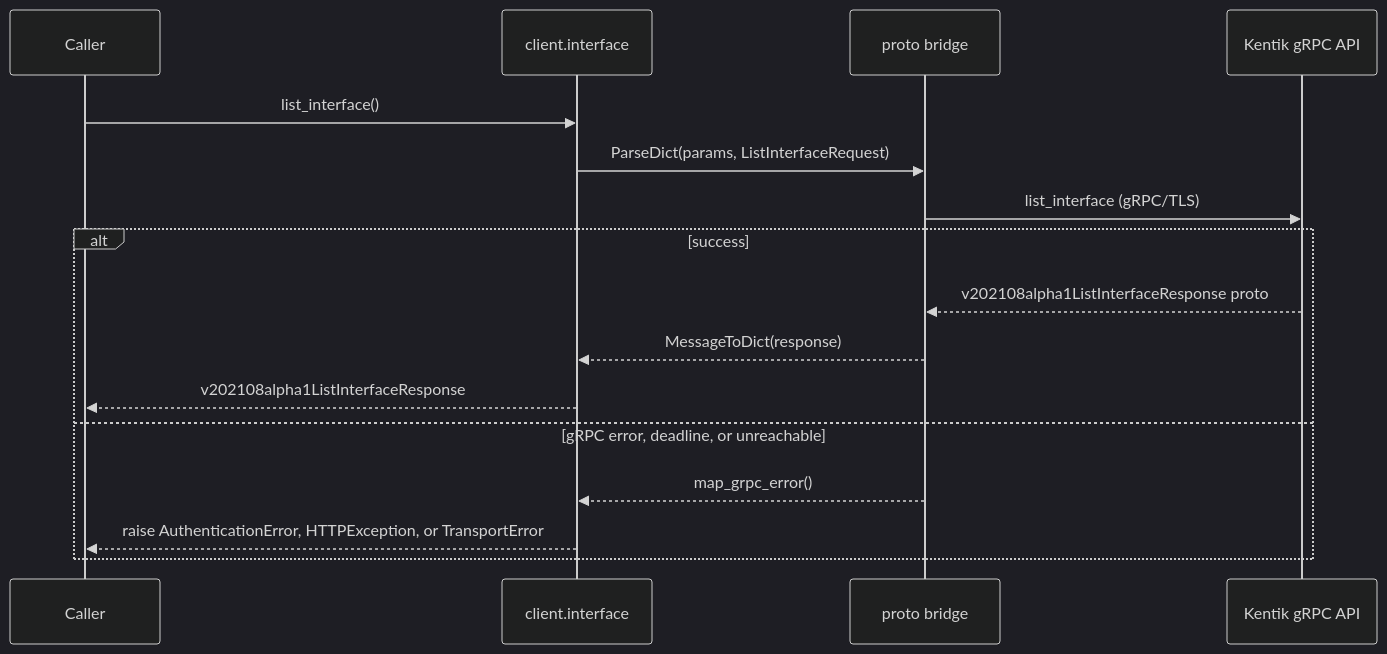
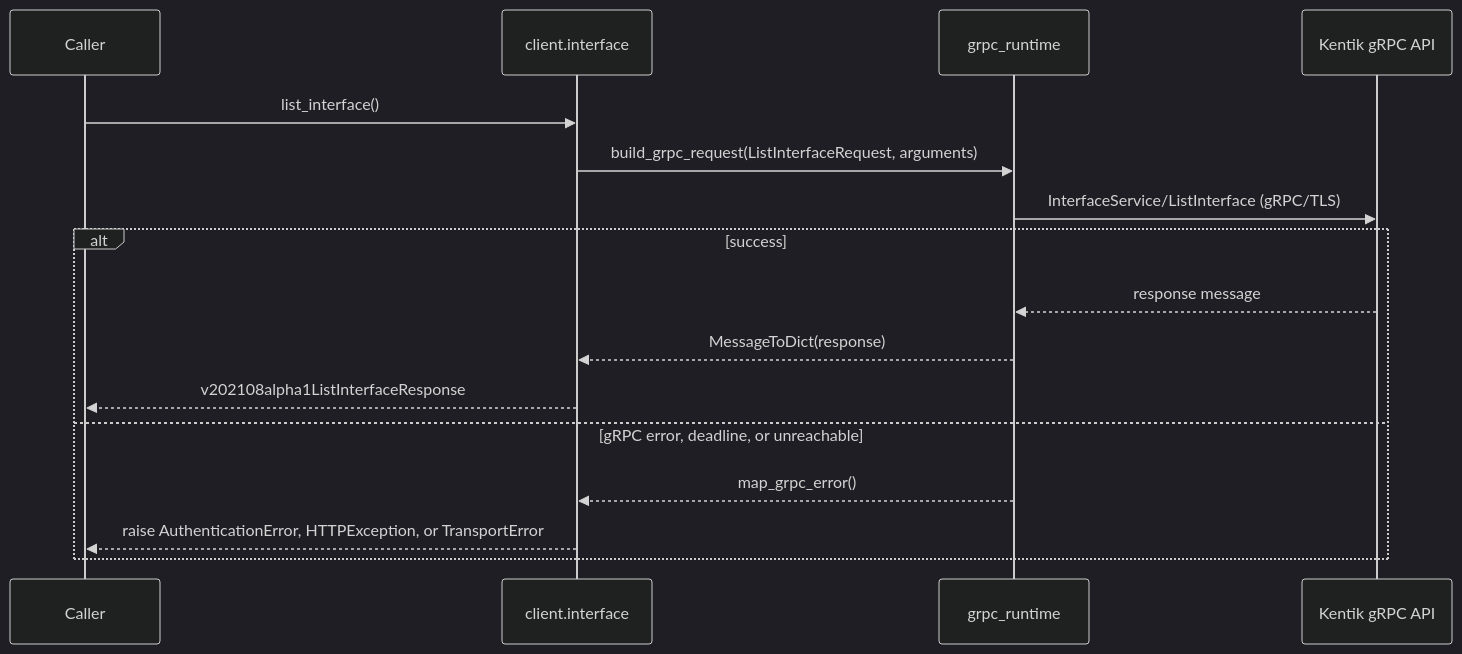
One commit to alexdearaujo/community_sdk_python changed the third of 14 diagrams in docs/sphinx/services/interface.md. Above: the diagram before and after it, drawn with Mermaid (dark theme). The commit also changed other lines of this file and 37 other files, not shown here.

First line of the commit message:
docs: show the real RPC in each service page's gRPC diagram

````diff
--- a/docs/sphinx/services/interface.md
+++ b/docs/sphinx/services/interface.md
@@ -59,19 +59,19 @@
 ```mermaid
 sequenceDiagram
     participant C as Caller
     participant W as client.interface
-    participant B as proto bridge
+    participant R as grpc_runtime
     participant API as Kentik gRPC API
 
     C->>W: list_interface()
-    W->>B: ParseDict(params, ListInterfaceRequest)
-    B->>API: list_interface (gRPC/TLS)
+    W->>R: build_grpc_request(ListInterfaceRequest, arguments)
+    R->>API: InterfaceService/ListInterface (gRPC/TLS)
     alt success
-        API-->>B: v202108alpha1ListInterfaceResponse proto
-        B-->>W: MessageToDict(response)
+        API-->>R: response message
+        R-->>W: MessageToDict(response)
         W-->>C: v202108alpha1ListInterfaceResponse
     else gRPC error, deadline, or unreachable
-        B-->>W: map_grpc_error()
+        R-->>W: map_grpc_error()
         W-->>C: raise AuthenticationError, HTTPException, or TransportError
     end
 ```
````
